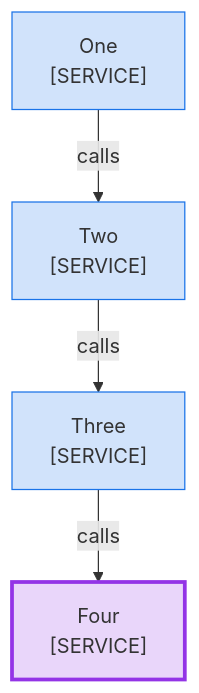
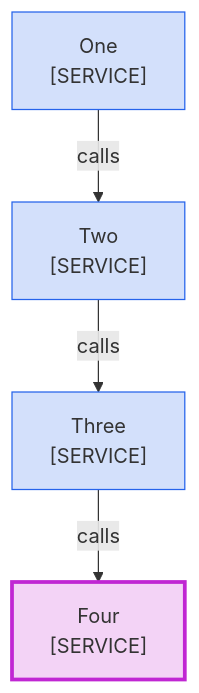
The diagram in skills/docsmith/scripts/fixtures/bad/mmd-color-model.md (choonchernlim/skills), drawn with Mermaid before and after one commit. The commit also changed other lines of this file and 127 other files, not shown here.

````diff
--- a/skills/docsmith/scripts/fixtures/bad/mmd-color-model.md
+++ b/skills/docsmith/scripts/fixtures/bad/mmd-color-model.md
@@ -12,14 +12,15 @@
 ```mermaid
 graph TD
+  %%{init: {"themeCSS": ".cluster-label, .cluster-label div, .cluster-label span, .cluster-label p { text-align: center !important; }", "flowchart": {"curve": "rounded", "subGraphTitleMargin": {"top": 6, "bottom": 30}}}}%%
   One["One<br/>[SERVICE]"]
   Two["Two<br/>[SERVICE]"]
   Three["Three<br/>[SERVICE]"]
   Four["Four<br/>[SERVICE]"]
   One -->|"calls"| Two
   Two -->|"calls"| Three
   Three -->|"calls"| Four
   class One,Two,Three own
   class Four model
-  classDef own fill:#1a73e833,stroke:#1a73e8
-  classDef model fill:#9334e633,stroke:#9334e6,stroke-width:3px
+  classDef own fill:#2563eb33,stroke:#2563eb
+  classDef model fill:#c026d333,stroke:#c026d3,stroke-width:3px
 ```
````
